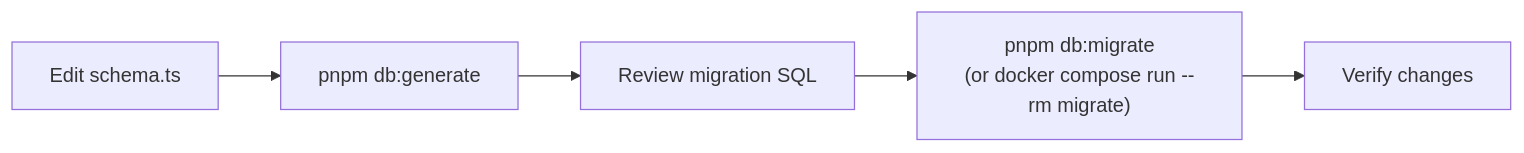
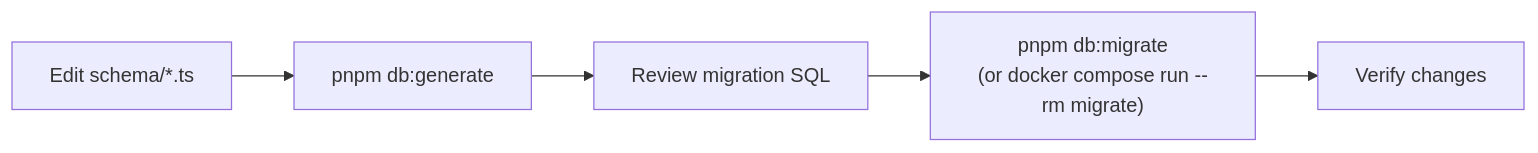
One commit to leith-bartrich/BigBlueBam changed the second of 3 diagrams in docs/development.md. Above: the diagram before and after it, drawn with Mermaid. The commit also changed other lines of this file and 23 other files, not shown here.

````diff
--- a/docs/development.md
+++ b/docs/development.md
@@ -370,7 +386,7 @@
 ```mermaid
 graph LR
-    A["Edit schema.ts"] --> B["pnpm db:generate"]
+    A["Edit schema/*.ts"] --> B["pnpm db:generate"]
     B --> C["Review migration SQL"]
     C --> D["pnpm db:migrate<br/>(or docker compose run --rm migrate)"]
     D --> E["Verify changes"]
 ```
````
